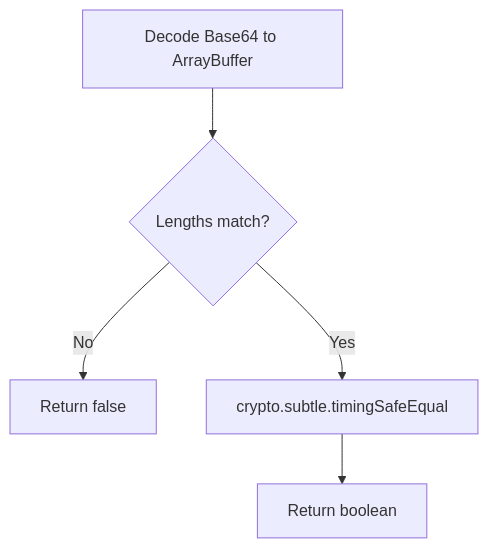
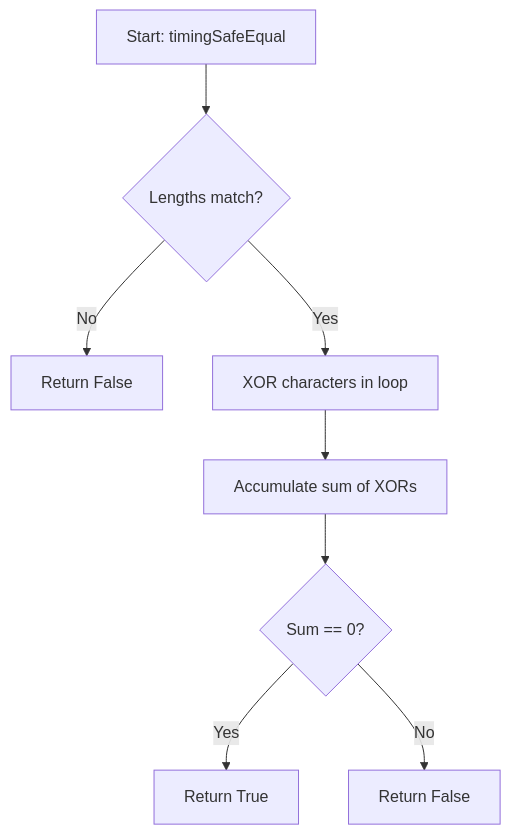
Before and after one commit to Axe-08/Key-Collective: the third of 3 diagrams in docs/codeflow/web_crypto_encryption_cfg.md, drawn with Mermaid. The commit also changed other lines of this file and 18 other files, not shown here.

````diff
--- a/docs/codeflow/web_crypto_encryption_cfg.md
+++ b/docs/codeflow/web_crypto_encryption_cfg.md
@@ -57,7 +84,10 @@
 ```mermaid
 flowchart TD
-    A[Decode Base64 to ArrayBuffer] --> B{Lengths match?}
-    B -- No --> C[Return false]
-    B -- Yes --> D[crypto.subtle.timingSafeEqual]
-    D --> E[Return boolean]
+    Start[Start: timingSafeEqual] --> LengthCheck{Lengths match?}
+    LengthCheck -- No --> ReturnFalse[Return False]
+    LengthCheck -- Yes --> BitwiseXor[XOR characters in loop]
+    BitwiseXor --> AccSum[Accumulate sum of XORs]
+    AccSum --> ReturnResult{Sum == 0?}
+    ReturnResult -- Yes --> ReturnTrue[Return True]
+    ReturnResult -- No --> ReturnFalse2[Return False]
 ```
````
